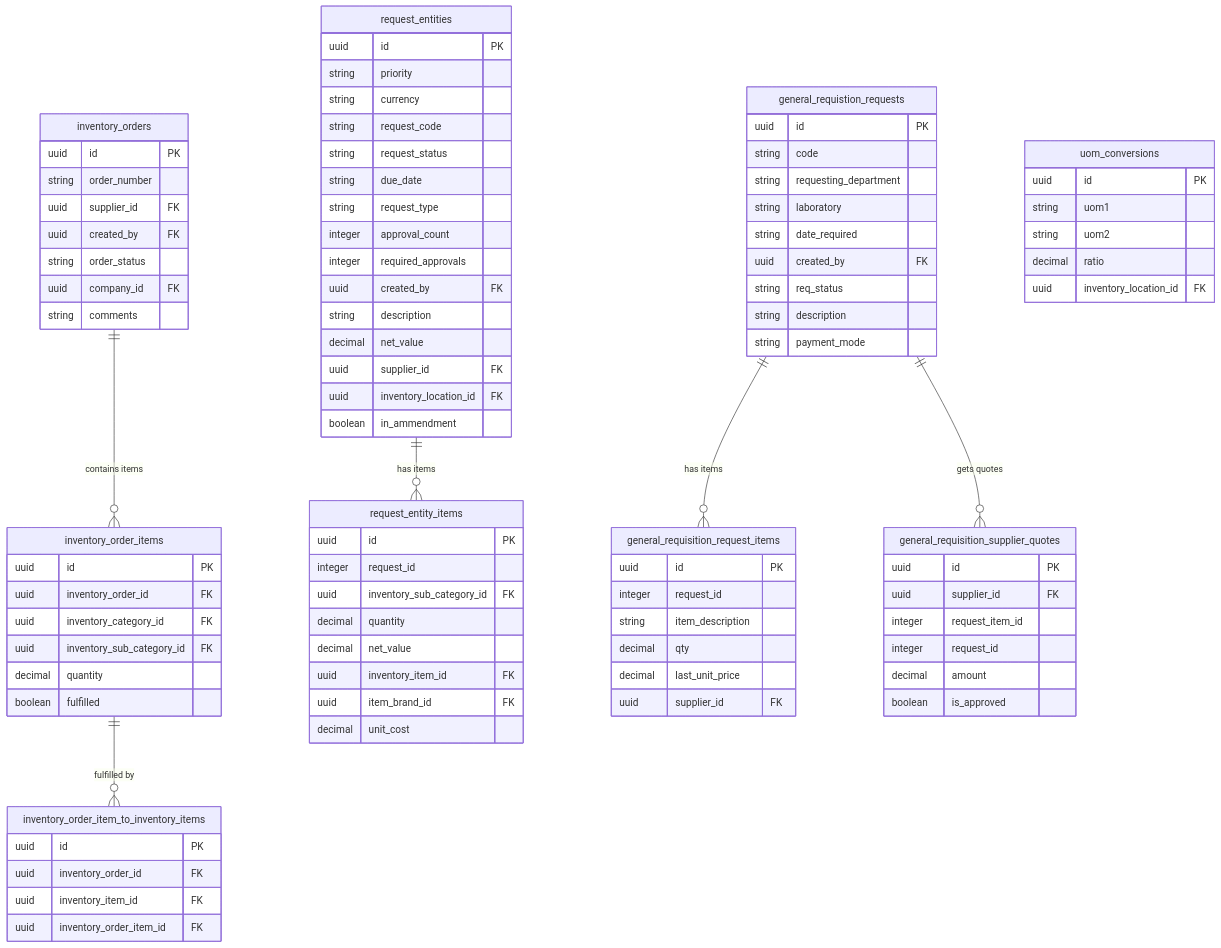
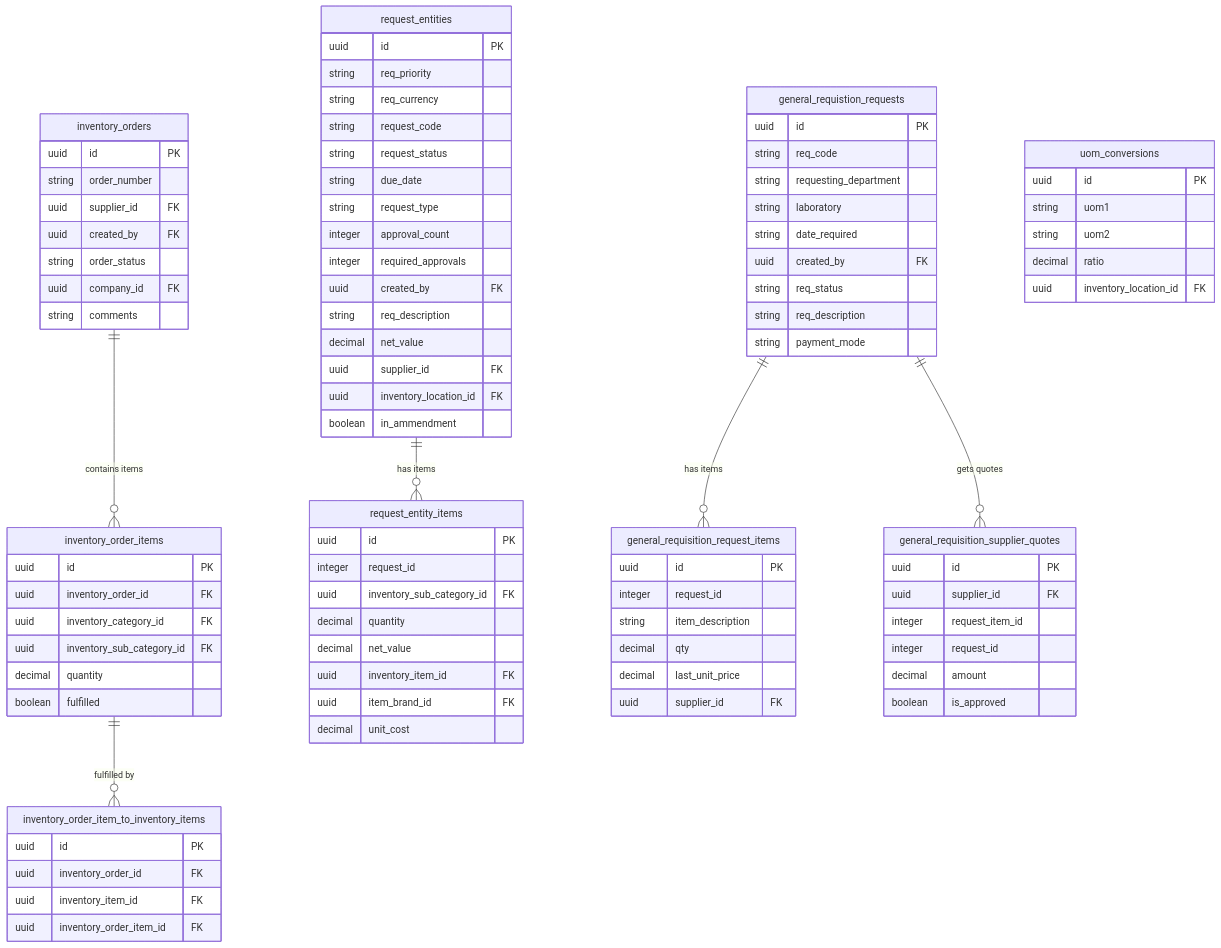
Before and after one commit to ErnestKamau/shh: diagram 16 of 25 in docs/database-erd.md, drawn with Mermaid. The commit also changed other lines of this file, not shown here.

```diff
--- a/docs/database-erd.md
+++ b/docs/database-erd.md
@@ -2253,8 +2269,8 @@
 
     request_entities {
         uuid id PK
-        string priority
-        string currency
+        string req_priority
+        string req_currency
         string request_code
         string request_status
         string due_date
@@ -2262,7 +2278,7 @@
         integer approval_count
         integer required_approvals
         uuid created_by FK
-        string description
+        string req_description
         decimal net_value
         uuid supplier_id FK
         uuid inventory_location_id FK
@@ -2282,13 +2298,13 @@
 
     general_requistion_requests {
         uuid id PK
-        string code
+        string req_code
         string requesting_department
         string laboratory
         string date_required
         uuid created_by FK
         string req_status
-        string description
+        string req_description
         string payment_mode
     }
 
```
